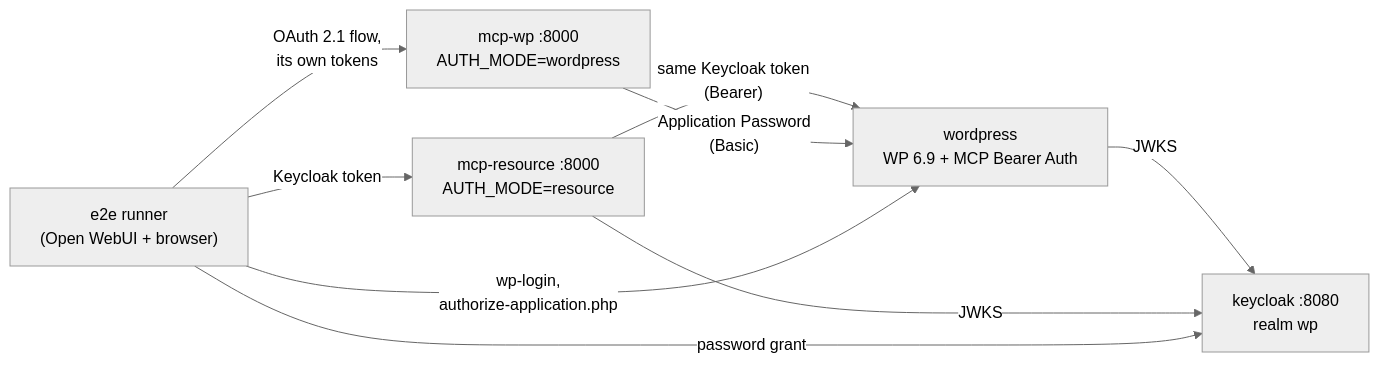
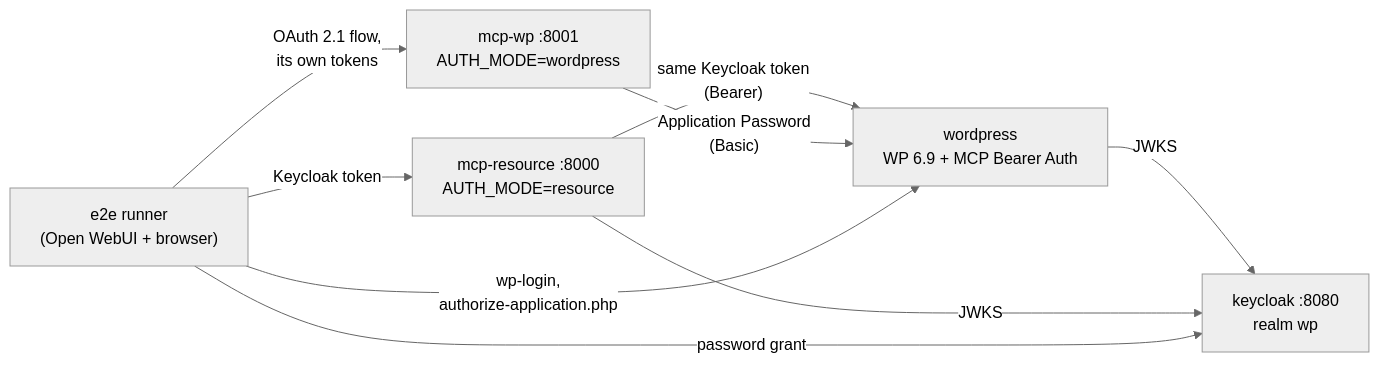
One commit to linuxrrze/mcp-wordpress-oauth changed the diagram in test-stack/README.md. Above: the diagram before and after it, drawn with Mermaid (neutral theme). The commit also changed other lines of this file and 6 other files, not shown here.

````diff
--- a/test-stack/README.md
+++ b/test-stack/README.md
@@ -27,11 +27,11 @@
 ```mermaid
 flowchart LR
     e2e["e2e runner<br/>(Open WebUI + browser)"] -- "Keycloak token" --> res["mcp-resource :8000<br/>AUTH_MODE=resource"]
-    e2e -- "OAuth 2.1 flow,<br/>its own tokens" --> wpm["mcp-wp :8000<br/>AUTH_MODE=wordpress"]
+    e2e -- "OAuth 2.1 flow,<br/>its own tokens" --> wpm["mcp-wp :8001<br/>AUTH_MODE=wordpress"]
     res -- "same Keycloak token<br/>(Bearer)" --> wp["wordpress<br/>WP 6.9 + MCP Bearer Auth"]
     wpm -- "Application Password<br/>(Basic)" --> wp
     wp -- "JWKS" --> kc["keycloak :8080<br/>realm wp"]
     res -- "JWKS" --> kc
     e2e -- "password grant" --> kc
     e2e -- "wp-login,<br/>authorize-application.php" --> wp
 ```
````
